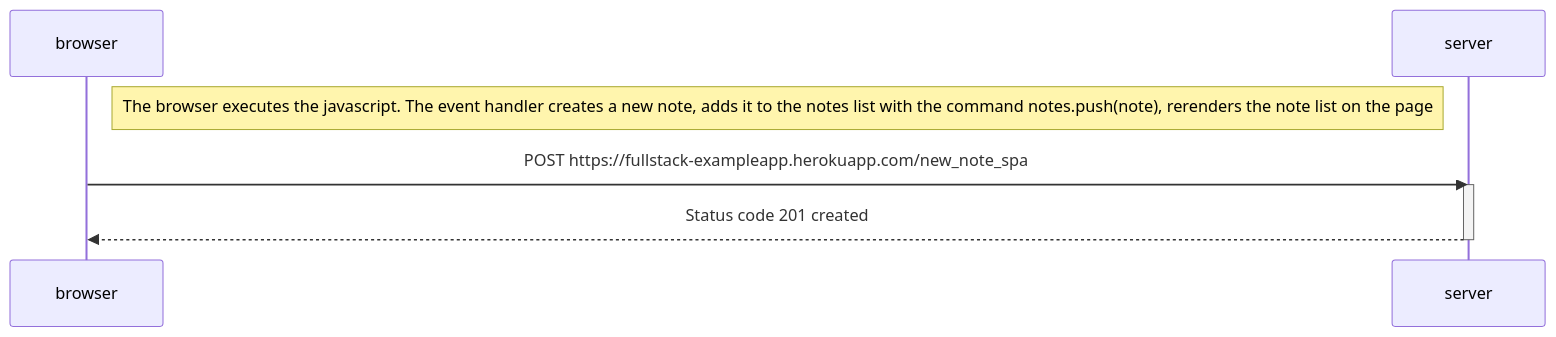
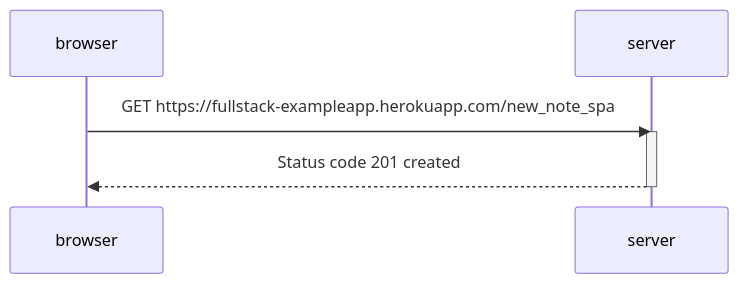
One commit to BMcIron/full-stack-open changed the diagram in part0/0.6-new-note-in-single-page-app-diagram.md. Above: the diagram before and after it, drawn with Mermaid.

````diff
--- a/part0/0.6-new-note-in-single-page-app-diagram.md
+++ b/part0/0.6-new-note-in-single-page-app-diagram.md
@@ -1,15 +1,13 @@
 ```mermaid
 sequenceDiagram
 
     participant browser
     participant server
-    
-    Note right of browser: The browser executes the javascript. The event handler creates a new note, adds it to the notes list with the command notes.push(note), rerenders the note list on the page
-    
-    browser->>server: POST https://fullstack-exampleapp.herokuapp.com/new_note_spa
+      
+    browser->>server: GET https://fullstack-exampleapp.herokuapp.com/new_note_spa
     activate server
     
     server-->>browser: Status code 201 created
     deactivate server
 
 ```
````
